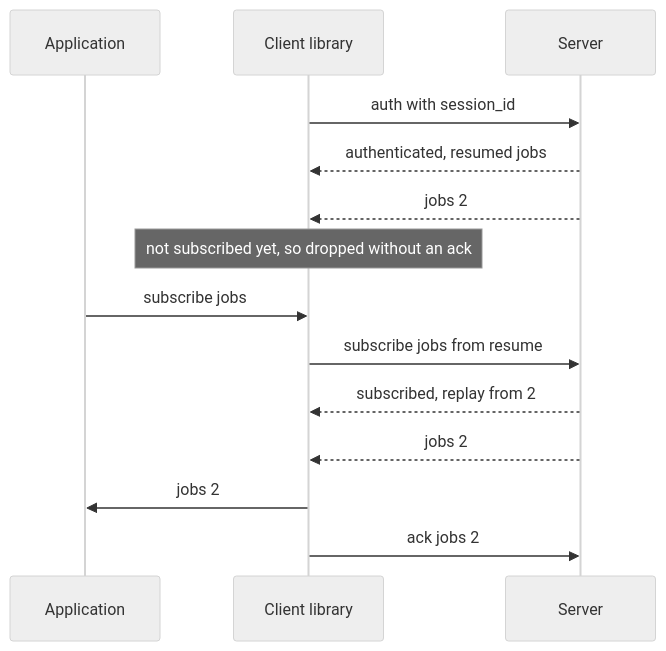
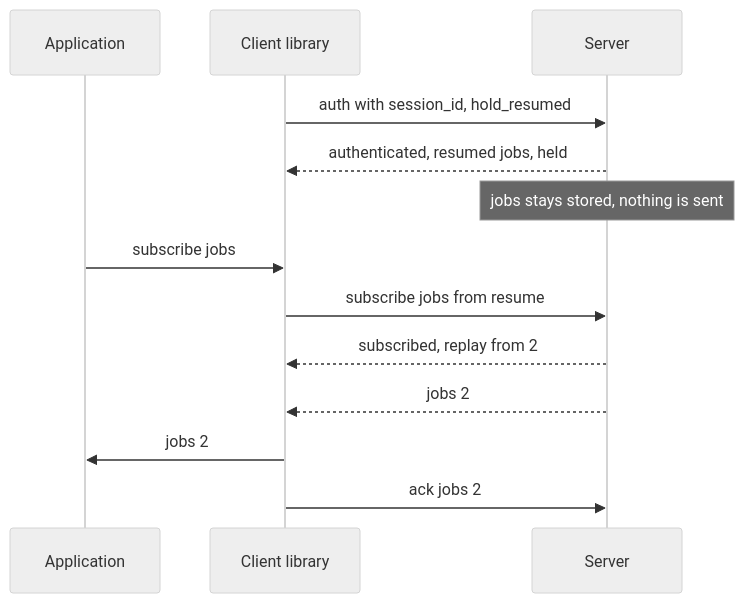
Before and after one commit to soumyadepp/popsub: the third of 3 diagrams in docs/DESIGN.md, drawn with Mermaid (neutral theme). The commit also changed other lines of this file and 33 other files, not shown here.

First line of the commit message:
Let auth ask the server to hold a durable session's topics

````diff
--- a/docs/DESIGN.md
+++ b/docs/DESIGN.md
@@ -279,16 +279,15 @@
 ```mermaid
 sequenceDiagram
     participant App as Application
     participant Client as Client library
     participant Server
-    Client->>Server: auth with session_id
-    Server-->>Client: authenticated, resumed jobs
-    Server-->>Client: jobs 2
-    Note over Client: not subscribed yet, so dropped without an ack
+    Client->>Server: auth with session_id, hold_resumed
+    Server-->>Client: authenticated, resumed jobs, held
+    Note over Server: jobs stays stored, nothing is sent
     App->>Client: subscribe jobs
     Client->>Server: subscribe jobs from resume
     Server-->>Client: subscribed, replay from 2
     Server-->>Client: jobs 2
     Client->>App: jobs 2
     Client->>Server: ack jobs 2
 ```
````
